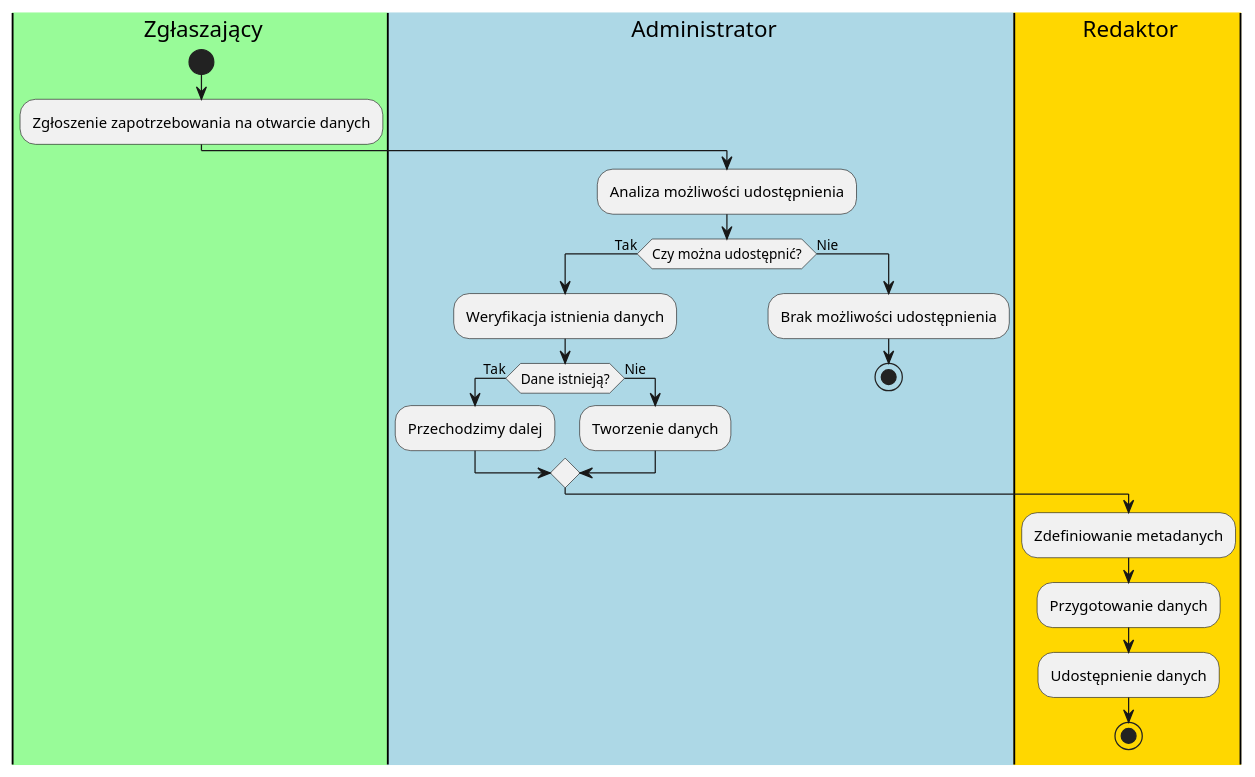
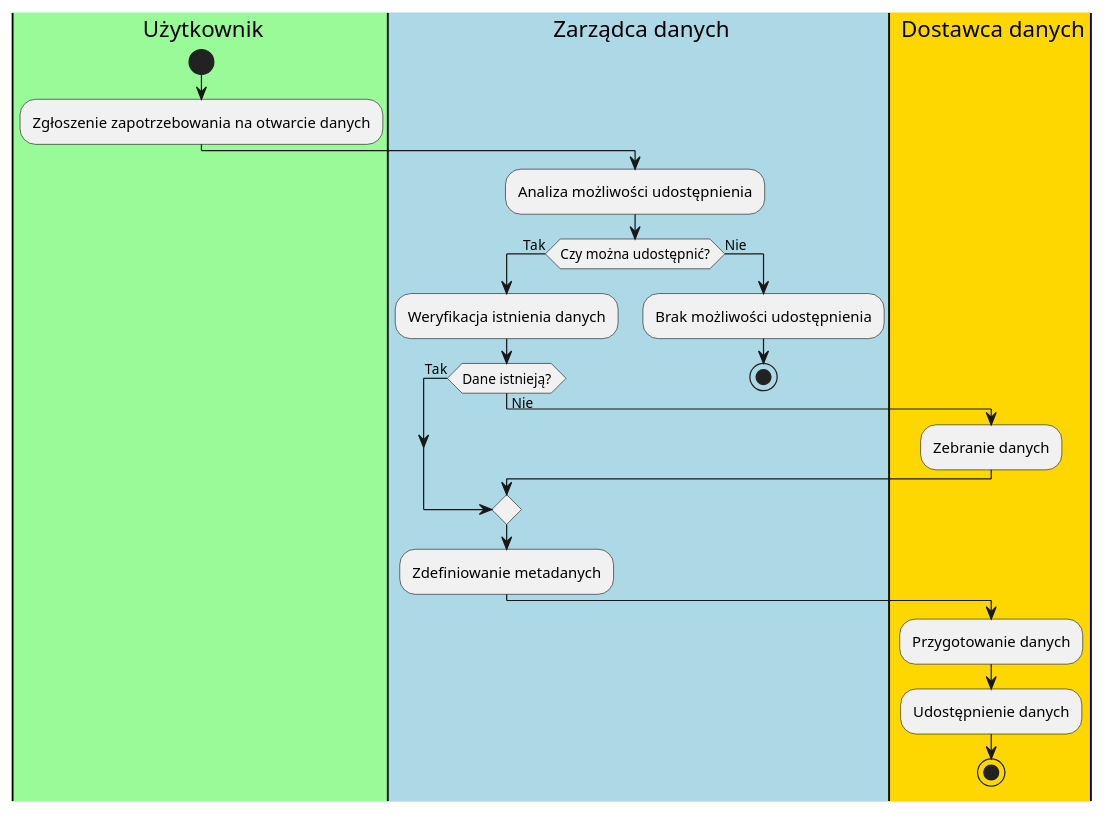
The first of 10 diagrams in dokumentacja.md (kokolodziejska/IWO), drawn with PlantUML before and after one commit. The commit also changed other lines of this file, not shown here.

````diff
--- a/dokumentacja.md
+++ b/dokumentacja.md
@@ -51,28 +53,30 @@
 ```puml
 @startuml
-|#palegreen|Z| Zgłaszający
+|#palegreen|U| Użytkownik
 start
 :Zgłoszenie zapotrzebowania na otwarcie danych;
 
-|#lightblue|A| Administrator
+|#lightblue|Za| Zarządca danych
 :Analiza możliwości udostępnienia;
 if (Czy można udostępnić?) then (Tak)
   :Weryfikacja istnienia danych;
   if (Dane istnieją?) then (Tak)
-    :Przechodzimy dalej;
   else (Nie)
-    :Tworzenie danych;
+    |#gold|D| Dostawca danych
+    :Zebranie danych;
   endif
 
-  |#gold|R| Redaktor
+  |Za|
   :Zdefiniowanie metadanych;
+
+  |D|
   :Przygotowanie danych;
   :Udostępnienie danych;
   stop
-|#lightblue|A| Administrator
+|#lightblue|Za| Zarządca danych
 else (Nie)
   :Brak możliwości udostępnienia;
   stop
 endif
 @enduml
 ```
````
